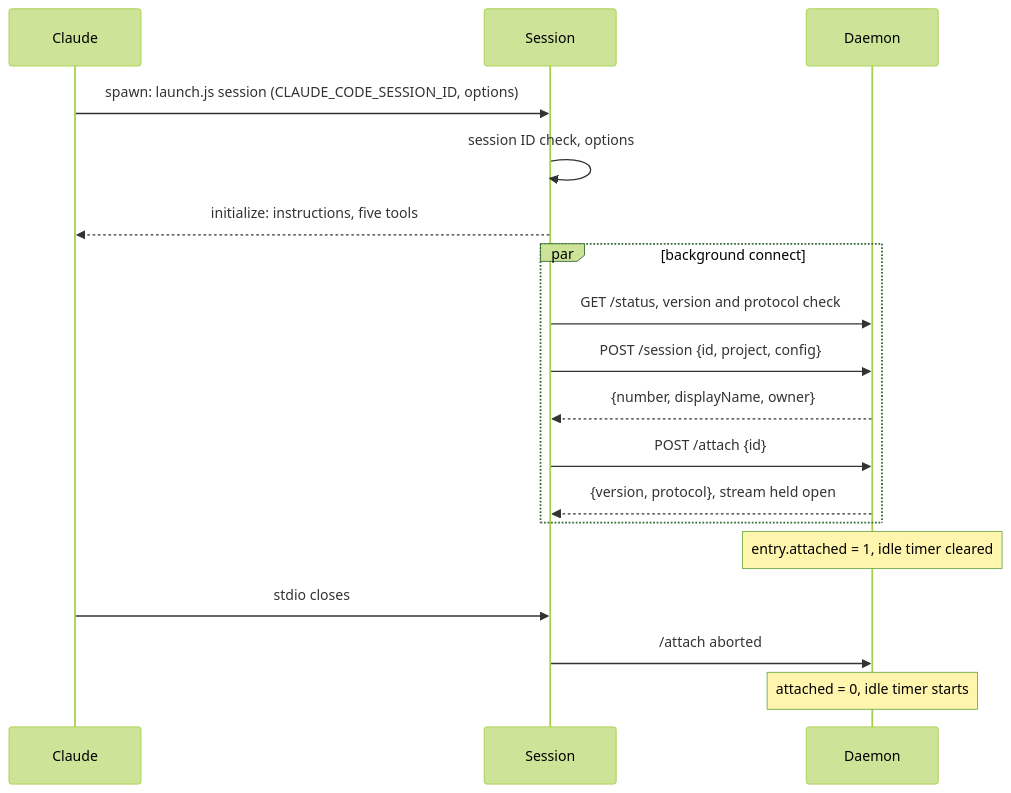
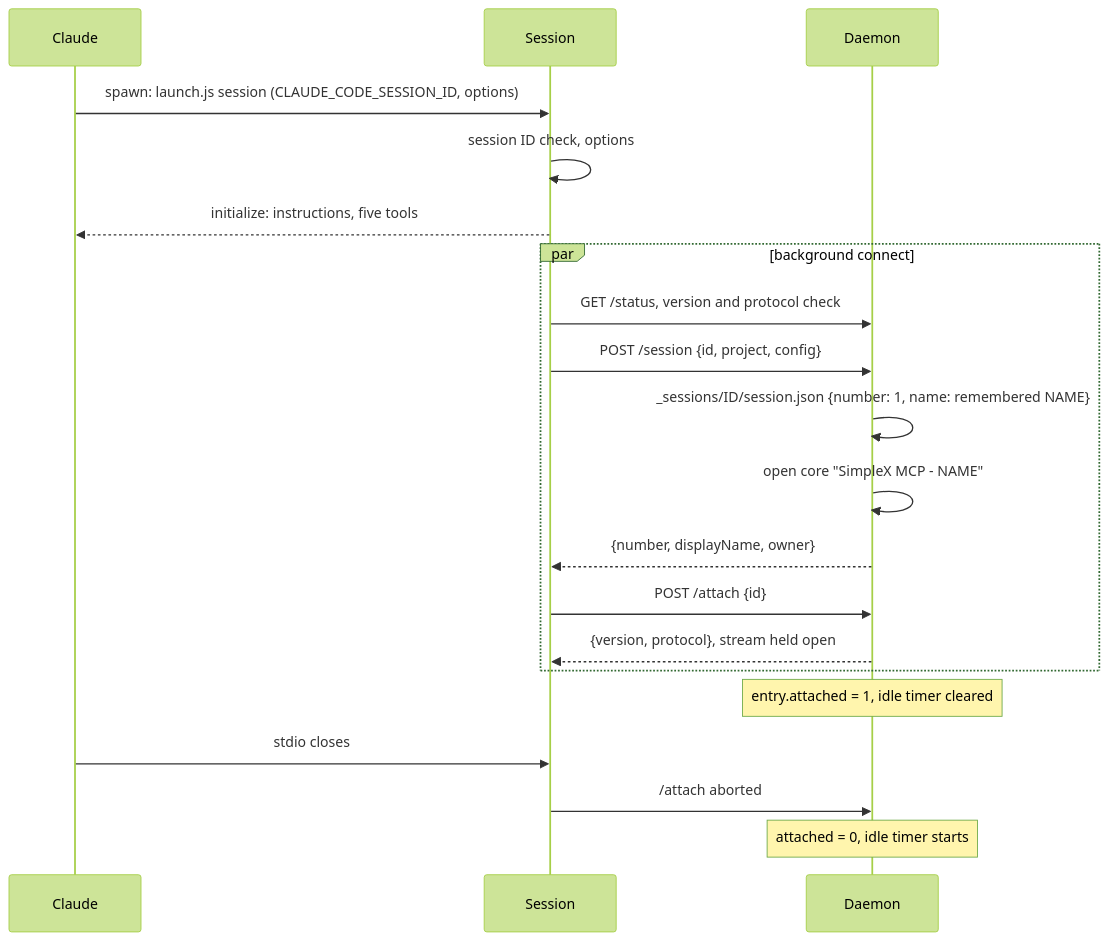
One commit to simplex-chat/simplex-chat changed the second of 15 diagrams in packages/simplex-chat-mcp/spec/flows.md. Above: the diagram before and after it, drawn with Mermaid (forest theme). The commit also changed other lines of this file and 10 other files, not shown here.

Commit message:
mcp: record session titles from the hook

````diff
--- a/packages/simplex-chat-mcp/spec/flows.md
+++ b/packages/simplex-chat-mcp/spec/flows.md
@@ -97,20 +97,22 @@
 ```mermaid
 sequenceDiagram
   participant C as Claude
   participant S as Session
   participant D as Daemon
   C->>S: spawn: launch.js session (CLAUDE_CODE_SESSION_ID, options)
   S->>S: session ID check, options
   S-->>C: initialize: instructions, five tools
   par background connect
     S->>D: GET /status, version and protocol check
     S->>D: POST /session {id, project, config}
+    D->>D: _sessions/ID/session.json {number: 1, name: remembered NAME}
+    D->>D: open core "SimpleX MCP - NAME"
     D-->>S: {number, displayName, owner}
     S->>D: POST /attach {id}
     D-->>S: {version, protocol}, stream held open
   end
   Note over D: entry.attached = 1, idle timer cleared
   C->>S: stdio closes
   S->>D: /attach aborted
   Note over D: attached = 0, idle timer starts
 ```
````
